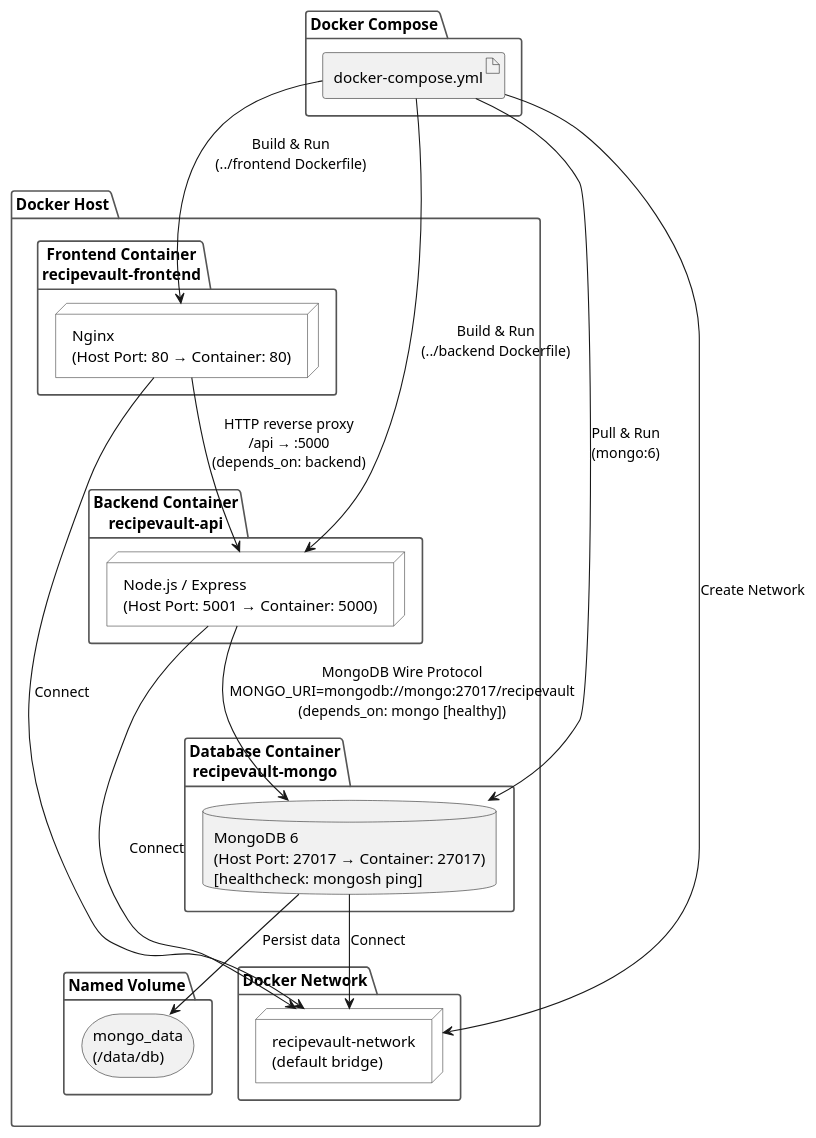
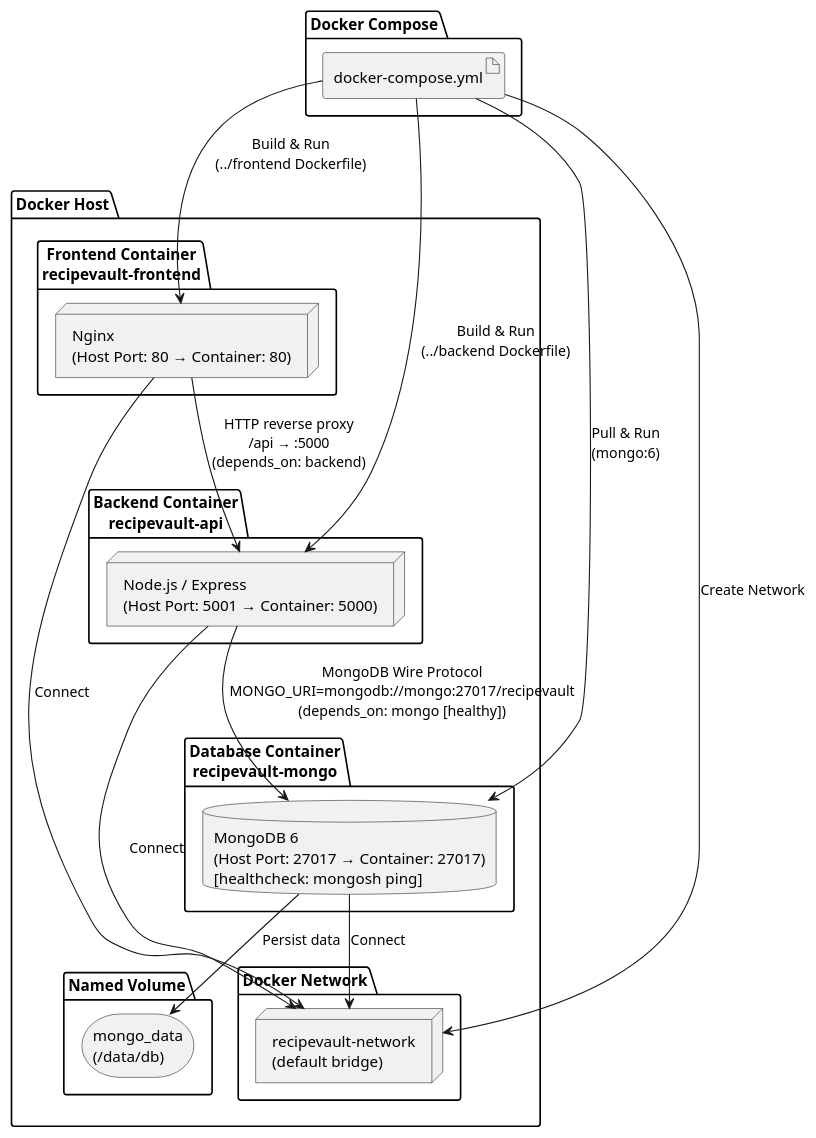
One commit to ArwaMohey/ADB-Project changed the fifth of 8 diagrams in DOCUMENTATION.md. Above: the diagram before and after it, drawn with PlantUML. The commit also changed other lines of this file, not shown here.

First line of the commit message:
docs: add skinparam monochrome true to all PlantUML blocks and add NoSQL ERD diagram (Section 2.8)"

````diff
--- a/DOCUMENTATION.md
+++ b/DOCUMENTATION.md
@@ -314,55 +302,51 @@
 ```plantuml
 @startuml RecipeVault_Deployment
+skinparam monochrome true
 skinparam componentStyle rectangle
-skinparam node {
-  BackgroundColor White
-  BorderColor #333333
-}
 skinparam package {
-  BorderColor #555555
   FontStyle bold
 }
 
 package "Docker Compose" {
   artifact "docker-compose.yml" as YML
 }
 
 package "Docker Host" {
 
   package "Frontend Container\nrecipevault-frontend" {
     node "Nginx\n(Host Port: 80 → Container: 80)" as Nginx
   }
 
   package "Backend Container\nrecipevault-api" {
     node "Node.js / Express\n(Host Port: 5001 → Container: 5000)" as API
   }
 
   package "Database Container\nrecipevault-mongo" {
     database "MongoDB 6\n(Host Port: 27017 → Container: 27017)\n[healthcheck: mongosh ping]" as Mongo
   }
 
   package "Named Volume" {
     storage "mongo_data\n(/data/db)" as Vol
   }
 
   package "Docker Network" {
     node "recipevault-network\n(default bridge)" as Net
   }
 
 }
 
 YML  --> Nginx : Build & Run\n(../frontend Dockerfile)
 YML  --> API   : Build & Run\n(../backend Dockerfile)
 YML  --> Mongo : Pull & Run\n(mongo:6)
 YML  --> Net   : Create Network
 
 Nginx --> API   : HTTP reverse proxy\n/api → :5000\n(depends_on: backend)
 API   --> Mongo : MongoDB Wire Protocol\nMONGO_URI=mongodb://mongo:27017/recipevault\n(depends_on: mongo [healthy])
 Mongo --> Vol   : Persist data
 
 Nginx --> Net : Connect
 API   --> Net : Connect
 Mongo --> Net : Connect
 
 @enduml
 ```
````
